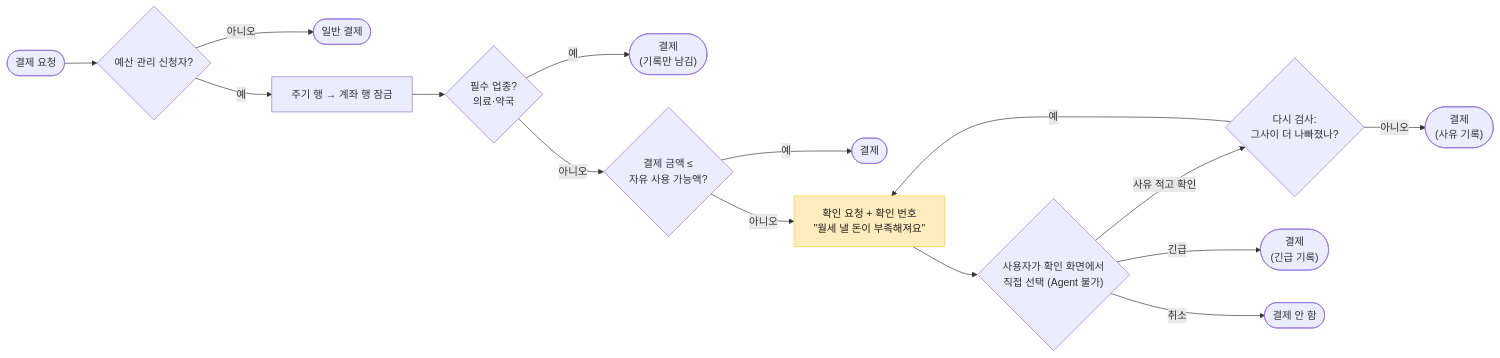
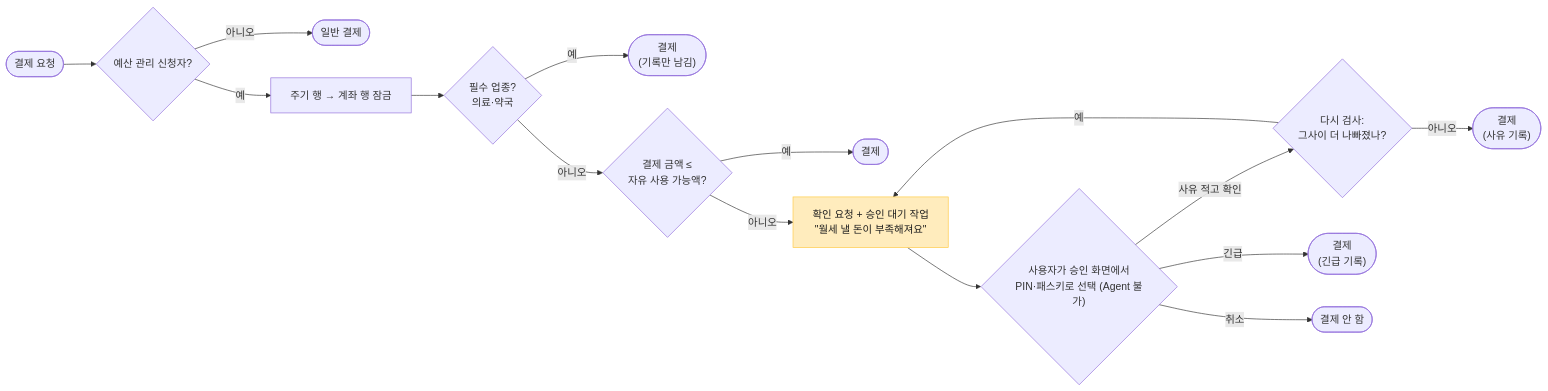
One commit to noviz-domino/avengers-bank-noviz changed the seventh of 8 diagrams in docs/planning/user-flows.md. Above: the diagram before and after it, drawn with Mermaid. The commit also changed other lines of this file and 9 other files, not shown here.

````diff
--- a/docs/planning/user-flows.md
+++ b/docs/planning/user-flows.md
@@ -105,18 +105,18 @@
 ```mermaid
 flowchart LR
     A([결제 요청]) --> B{예산 관리 신청자?}
     B -- 아니오 --> P([일반 결제])
     B -- 예 --> L["주기 행 → 계좌 행 잠금"]
     L --> C{필수 업종?<br/>의료·약국}
     C -- 예 --> P2(["결제<br/>(기록만 남김)"])
     C -- 아니오 --> D{"결제 금액 ≤<br/>자유 사용 가능액?"}
     D -- 예 --> P3([결제])
-    D -- 아니오 --> E["확인 요청 + 확인 번호<br/>#quot;월세 낼 돈이 부족해져요#quot;"]:::ask
-    E --> F{"사용자가 확인 화면에서<br/>직접 선택 (Agent 불가)"}
+    D -- 아니오 --> E["확인 요청 + 승인 대기 작업<br/>#quot;월세 낼 돈이 부족해져요#quot;"]:::ask
+    E --> F{"사용자가 승인 화면에서<br/>PIN·패스키로 선택 (Agent 불가)"}
     F -- 사유 적고 확인 --> R{"다시 검사:<br/>그사이 더 나빠졌나?"}
     R -- 아니오 --> P4(["결제<br/>(사유 기록)"])
     R -- 예 --> E
     F -- 긴급 --> P5(["결제<br/>(긴급 기록)"])
     F -- 취소 --> X([결제 안 함])
     classDef ask fill:#FFECBD,stroke:#FFC943,color:#1E1E1E
 ```
````
